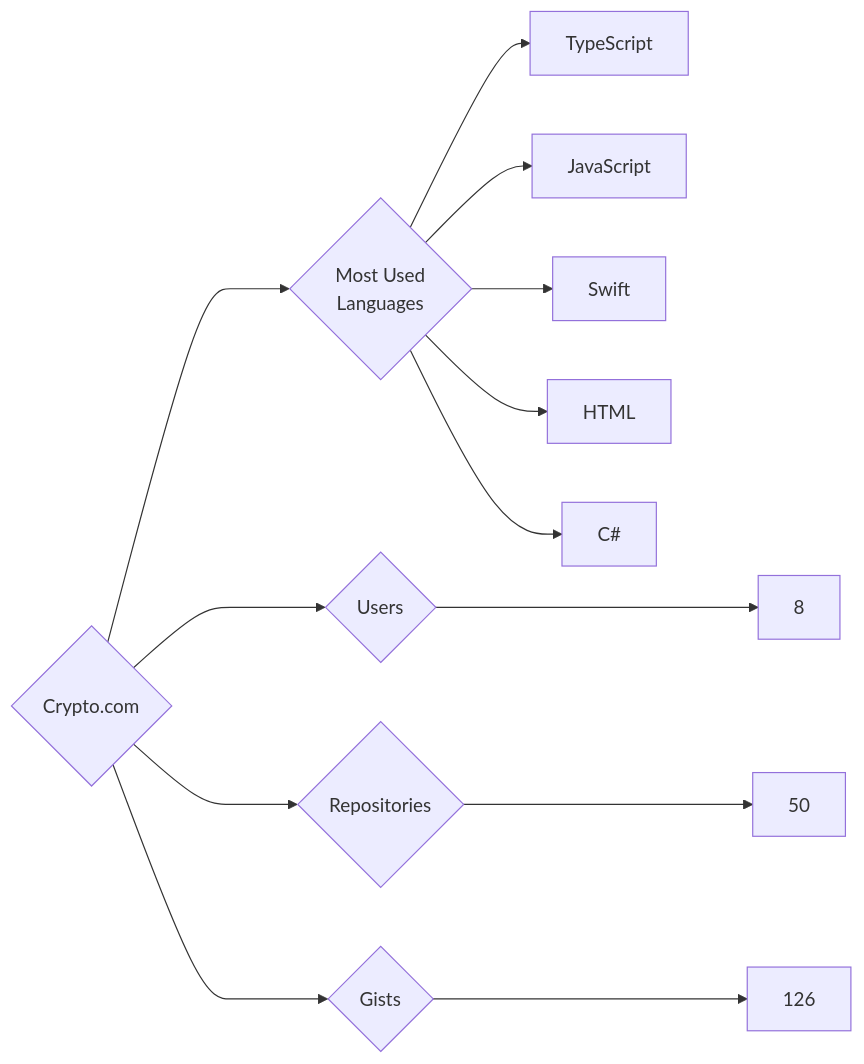
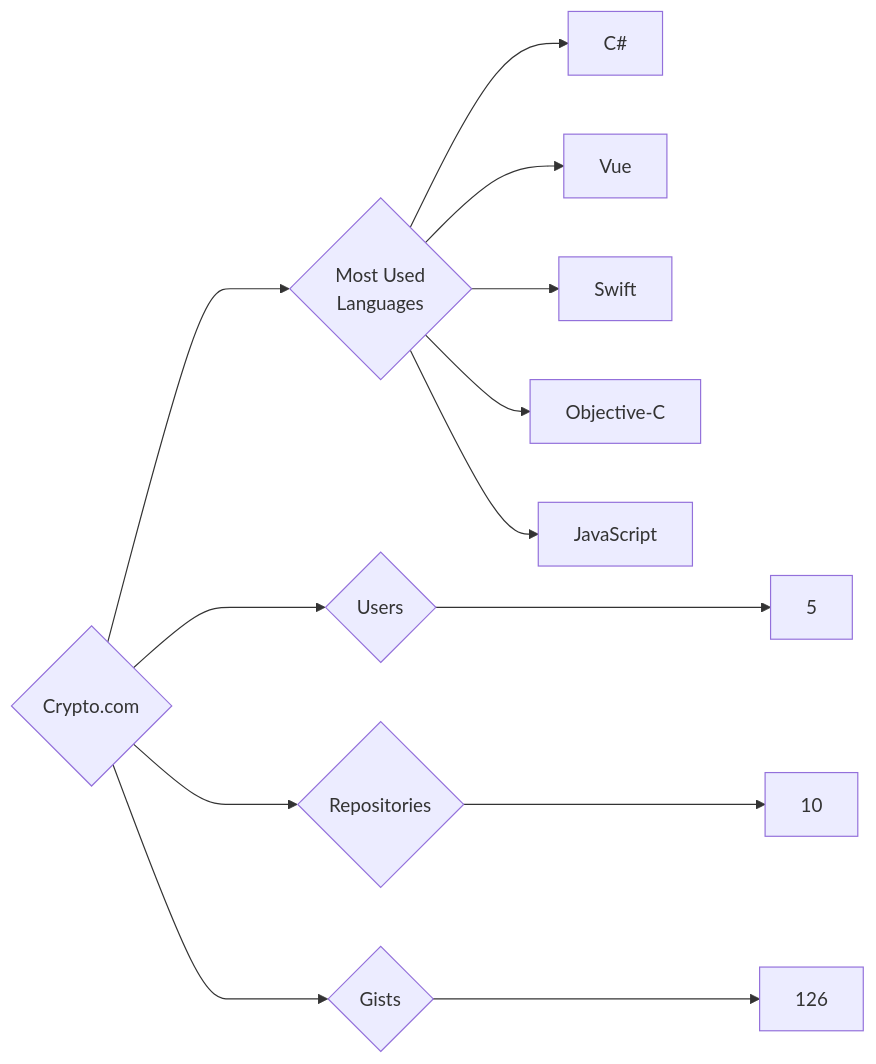
The diagram in targets/Crypto.com/README.md (trickest/insiders), drawn with Mermaid before and after one commit. The commit also changed 933 other files, not shown here.

````diff
--- a/targets/Crypto.com/README.md
+++ b/targets/Crypto.com/README.md
@@ -3,13 +3,13 @@
 ```mermaid
 graph LR
 COMPANY_NAME{Crypto.com}
-COMPANY_NAME ---> U{Users} ---> UN[8]
-COMPANY_NAME ---> R{Repositories} ---> RN[50]
+COMPANY_NAME ---> U{Users} ---> UN[5]
+COMPANY_NAME ---> R{Repositories} ---> RN[10]
 COMPANY_NAME ---> G{Gists} ---> GN[126]
 COMPANY_NAME ---> ML{Most Used<br>Languages}
-ML --> TypeScript[TypeScript]
+ML --> C#[C#]
+ML --> Vue[Vue]
+ML --> Swift[Swift]
+ML --> Objective-C[Objective-C]
 ML --> JavaScript[JavaScript]
-ML --> Swift[Swift]
-ML --> HTML[HTML]
-ML --> C#[C#]
 ```
````
